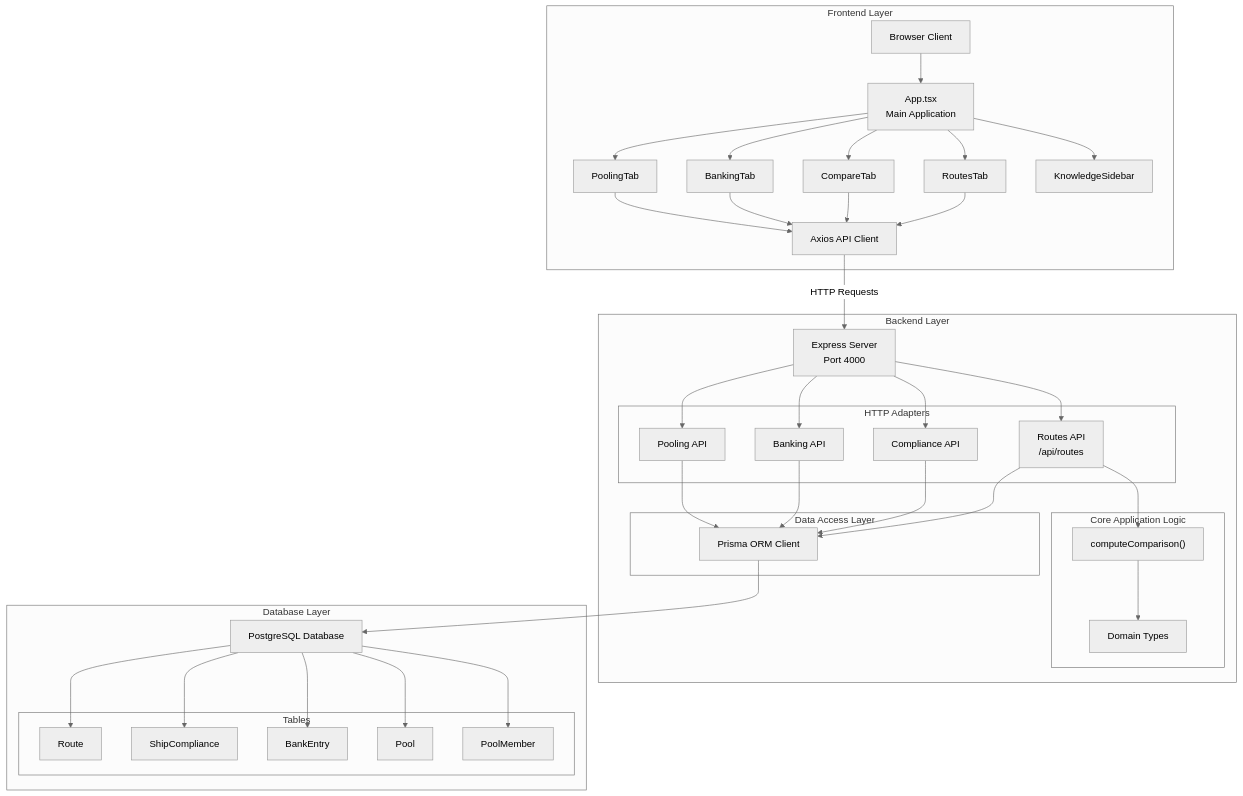
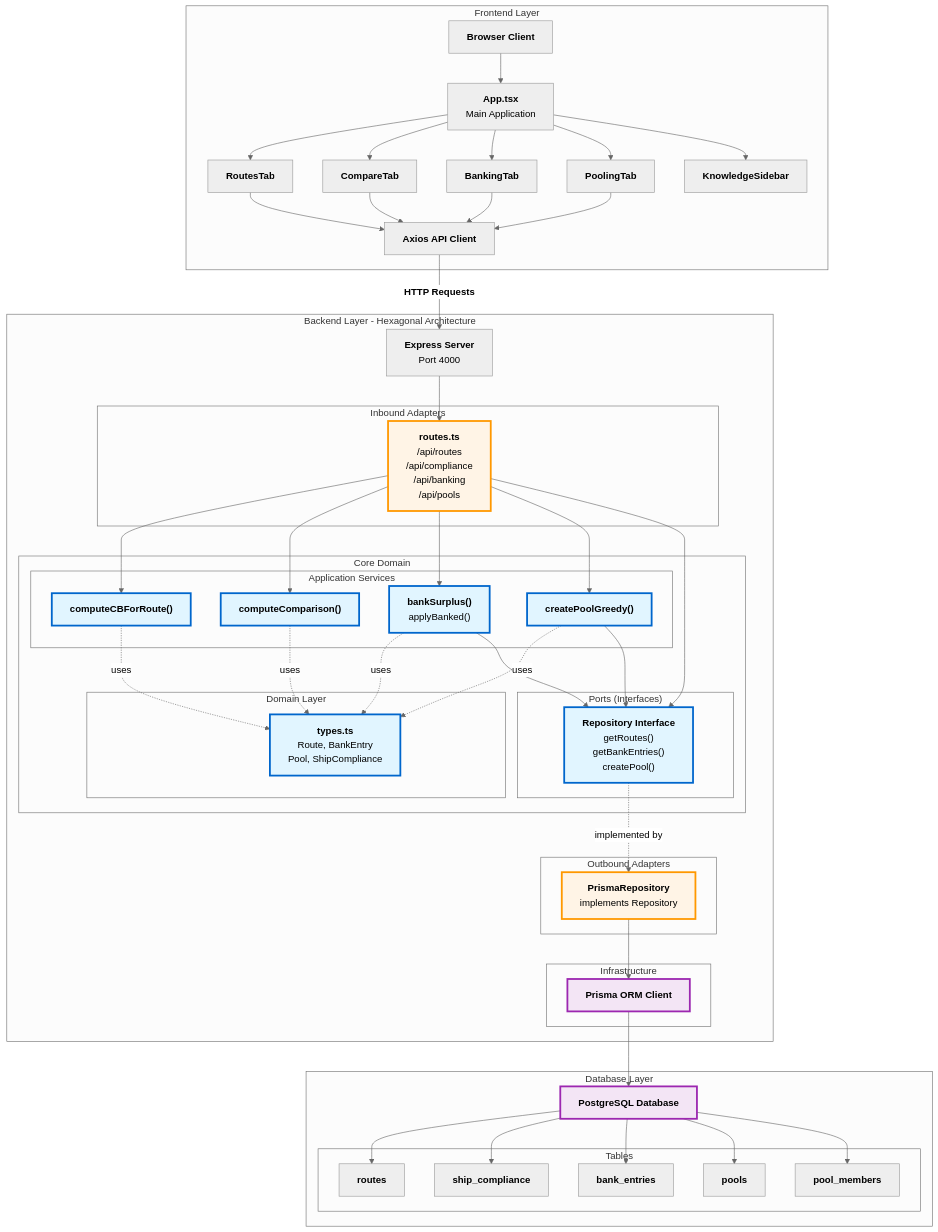
One commit to Arun-kushwaha007/FuelEU-Maritime changed the diagram in README.md. Above: the diagram before and after it, drawn with Mermaid (neutral theme). The commit also changed other lines of this file and 2 other files, not shown here.

````diff
--- a/README.md
+++ b/README.md
@@ -25,48 +38,62 @@
 ```mermaid
 graph TB
     subgraph "Frontend Layer"
-        Browser["Browser Client"]
-        App["App.tsx<br/>Main Application"]
-        RoutesTab["RoutesTab"]
-        CompareTab["CompareTab"]
-        BankingTab["BankingTab"]
-        PoolingTab["PoolingTab"]
-        Sidebar["KnowledgeSidebar"]
-        API_Client["Axios API Client"]
+        Browser["<b>Browser Client</b>"]
+        App["<b>App.tsx</b><br/>Main Application"]
+        RoutesTab["<b>RoutesTab</b>"]
+        CompareTab["<b>CompareTab</b>"]
+        BankingTab["<b>BankingTab</b>"]
+        PoolingTab["<b>PoolingTab</b>"]
+        Sidebar["<b>KnowledgeSidebar</b>"]
+        API_Client["<b>Axios API Client</b>"]
     end
     
-    subgraph "Backend Layer"
-        Express["Express Server<br/>Port 4000"]
+    subgraph "Backend Layer - Hexagonal Architecture"
+        Express["<b>Express Server</b><br/>Port 4000"]
         
-        subgraph "HTTP Adapters"
-            RoutesRouter["Routes API<br/>/api/routes"]
-            ComplianceRouter["Compliance API"]
-            BankingRouter["Banking API"]
-            PoolingRouter["Pooling API"]
+        subgraph "Inbound Adapters"
+            HTTPRoutes["<b>routes.ts</b><br/>/api/routes<br/>/api/compliance<br/>/api/banking<br/>/api/pools"]
         end
         
-        subgraph "Core Application Logic"
-            ComputeComparison["computeComparison()"]
-            DomainTypes["Domain Types"]
+        subgraph "Core Domain"
+            subgraph "Application Services"
+                ComputeCB["<b>computeCBForRoute()</b>"]
+                ComputeComparison["<b>computeComparison()</b>"]
+                Banking["<b>bankSurplus()</b><br/>applyBanked()"]
+                Pooling["<b>createPoolGreedy()</b>"]
+            end
+            
+            subgraph "Domain Layer"
+                DomainTypes["<b>types.ts</b><br/>Route, BankEntry<br/>Pool, ShipCompliance"]
+            end
+            
+            subgraph "Ports (Interfaces)"
+                RepositoryPort["<b>Repository Interface</b><br/>getRoutes()<br/>getBankEntries()<br/>createPool()"]
+            end
         end
         
-        subgraph "Data Access Layer"
-            PrismaClient["Prisma ORM Client"]
+        subgraph "Outbound Adapters"
+            PrismaRepo["<b>PrismaRepository</b><br/>implements Repository"]
+        end
+        
+        subgraph "Infrastructure"
+            PrismaClient["<b>Prisma ORM Client</b>"]
         end
     end
     
     subgraph "Database Layer"
-        PostgreSQL["PostgreSQL Database"]
+        PostgreSQL["<b>PostgreSQL Database</b>"]
         
         subgraph "Tables"
-            RouteTable["Route"]
-            ComplianceTable["ShipCompliance"]
-            BankTable["BankEntry"]
-            PoolTable["Pool"]
-            PoolMemberTable["PoolMember"]
+            RouteTable["<b>routes</b>"]
+            ComplianceTable["<b>ship_compliance</b>"]
+            BankTable["<b>bank_entries</b>"]
+            PoolTable["<b>pools</b>"]
+            PoolMemberTable["<b>pool_members</b>"]
         end
     end
     
+    %% Frontend connections
     Browser --> App
     App --> RoutesTab
     App --> CompareTab
@@ -79,21 +106,29 @@
     BankingTab --> API_Client
     PoolingTab --> API_Client
     
-    API_Client -->|"HTTP Requests"| Express
+    API_Client -->|"<b>HTTP Requests</b>"| Express
     
-    Express --> RoutesRouter
-    Express --> ComplianceRouter
-    Express --> BankingRouter
-    Express --> PoolingRouter
+    %% Backend layer connections
+    Express --> HTTPRoutes
     
-    RoutesRouter --> PrismaClient
-    ComplianceRouter --> PrismaClient
-    BankingRouter --> PrismaClient
-    PoolingRouter --> PrismaClient
+    HTTPRoutes --> ComputeCB
+    HTTPRoutes --> ComputeComparison
+    HTTPRoutes --> Banking
+    HTTPRoutes --> Pooling
     
-    RoutesRouter --> ComputeComparison
-    ComputeComparison --> DomainTypes
+    ComputeCB -.uses.-> DomainTypes
+    ComputeComparison -.uses.-> DomainTypes
+    Banking -.uses.-> DomainTypes
+    Pooling -.uses.-> DomainTypes
     
+    Banking --> RepositoryPort
+    Pooling --> RepositoryPort
+    HTTPRoutes --> RepositoryPort
+    
+    RepositoryPort -.implemented by.-> PrismaRepo
+    PrismaRepo --> PrismaClient
+    
+    %% Database connections
     PrismaClient --> PostgreSQL
     
     PostgreSQL --> RouteTable
@@ -101,4 +136,13 @@
     PostgreSQL --> BankTable
     PostgreSQL --> PoolTable
     PostgreSQL --> PoolMemberTable
+    
+    %% Styling with better contrast
+    classDef coreStyle fill:#e1f5ff,stroke:#0066cc,stroke-width:3px,color:#000
+    classDef adapterStyle fill:#fff4e6,stroke:#ff9800,stroke-width:3px,color:#000
+    classDef infraStyle fill:#f3e5f5,stroke:#9c27b0,stroke-width:3px,color:#000
+    
+    class ComputeCB,ComputeComparison,Banking,Pooling,DomainTypes,RepositoryPort coreStyle
+    class HTTPRoutes,PrismaRepo adapterStyle
+    class PrismaClient,PostgreSQL infraStyle
 ```
````
